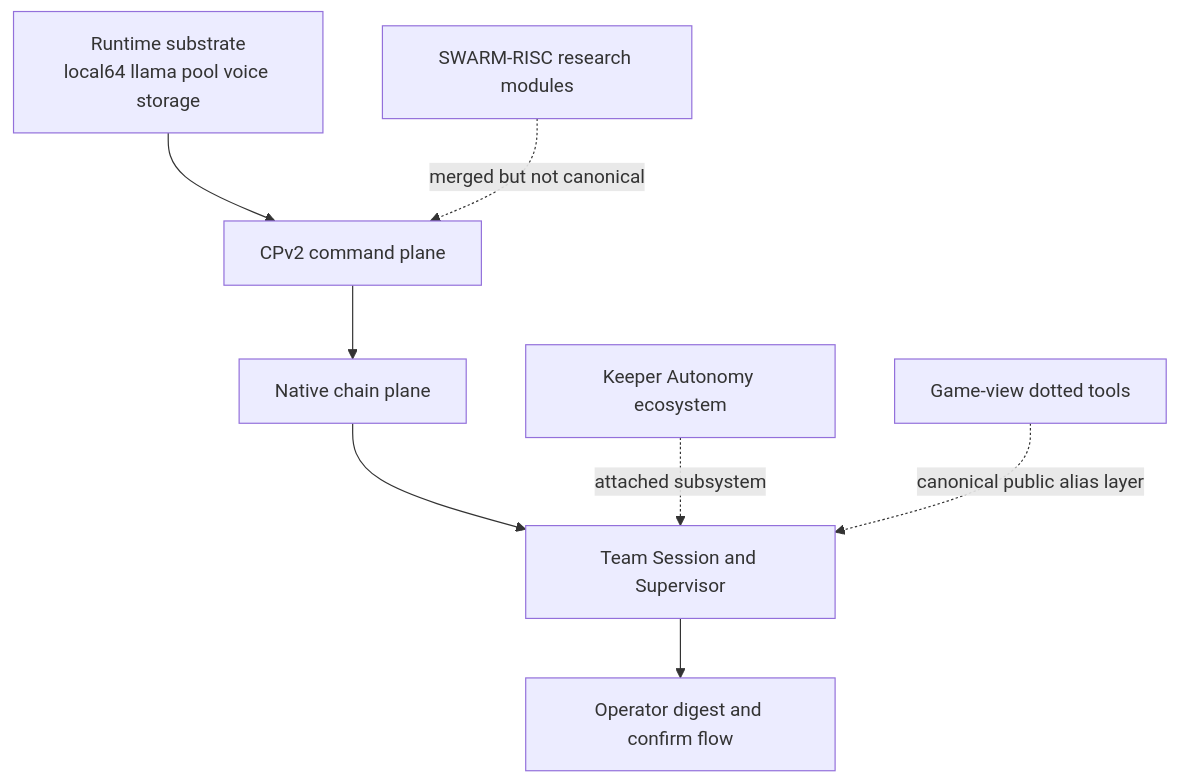
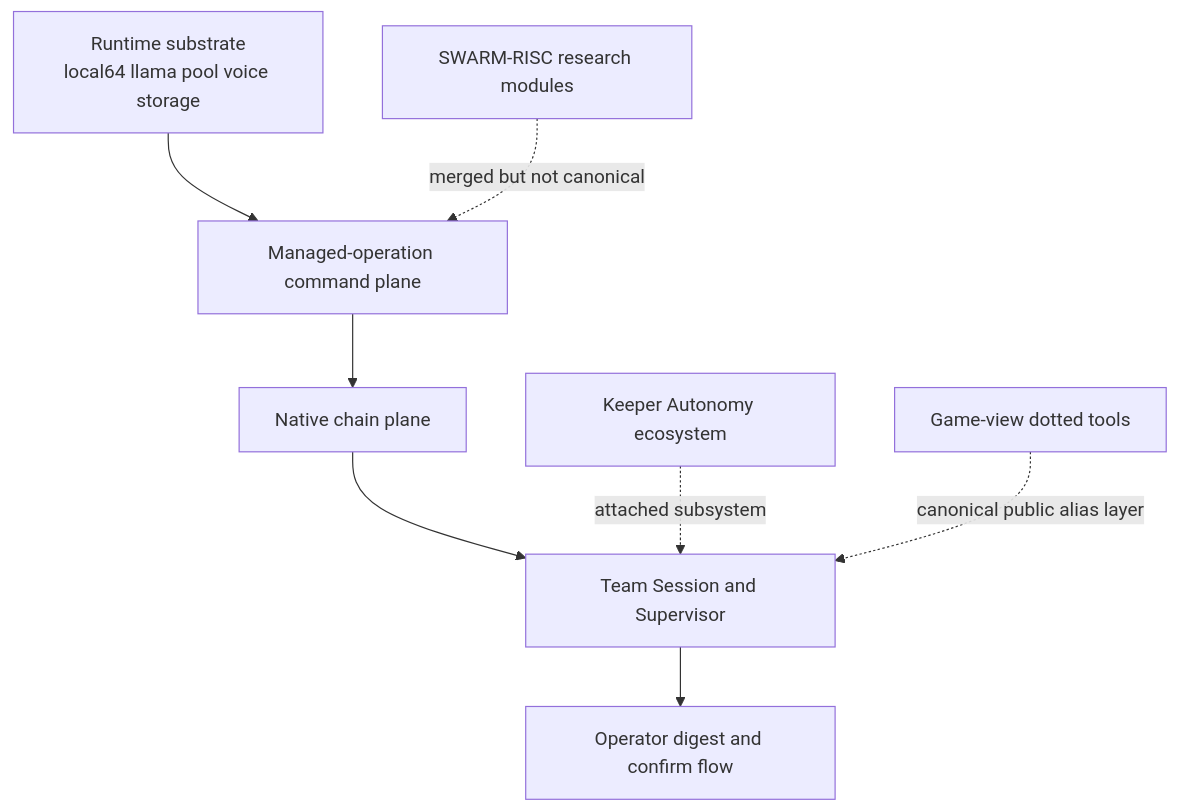
The fifth of 5 diagrams in docs/MCP-SURFACE-AUDIT.md (jeong-sik/masc), drawn with Mermaid before and after one commit. The commit also changed other lines of this file and 28 other files, not shown here.

Commit message:
SSOT naming and managed-operation lane cleanup

````diff
--- a/docs/MCP-SURFACE-AUDIT.md
+++ b/docs/MCP-SURFACE-AUDIT.md
@@ -125,11 +125,11 @@
 ```mermaid
 flowchart TD
-  Runtime[Runtime substrate<br/>local64 llama pool voice storage] --> Control[CPv2 command plane]
+  Runtime[Runtime substrate<br/>local64 llama pool voice storage] --> Control[Managed-operation command plane]
   Control --> Orchestration[Native chain plane]
   Orchestration --> Workflow[Team Session and Supervisor]
   Workflow --> Operator[Operator digest and confirm flow]
 
   Secondary1[Keeper Autonomy ecosystem] -. attached subsystem .-> Workflow
   Secondary2[Game-view dotted tools] -. canonical public alias layer .-> Workflow
   Secondary3[SWARM-RISC research modules] -. merged but not canonical .-> Control
 ```
````
